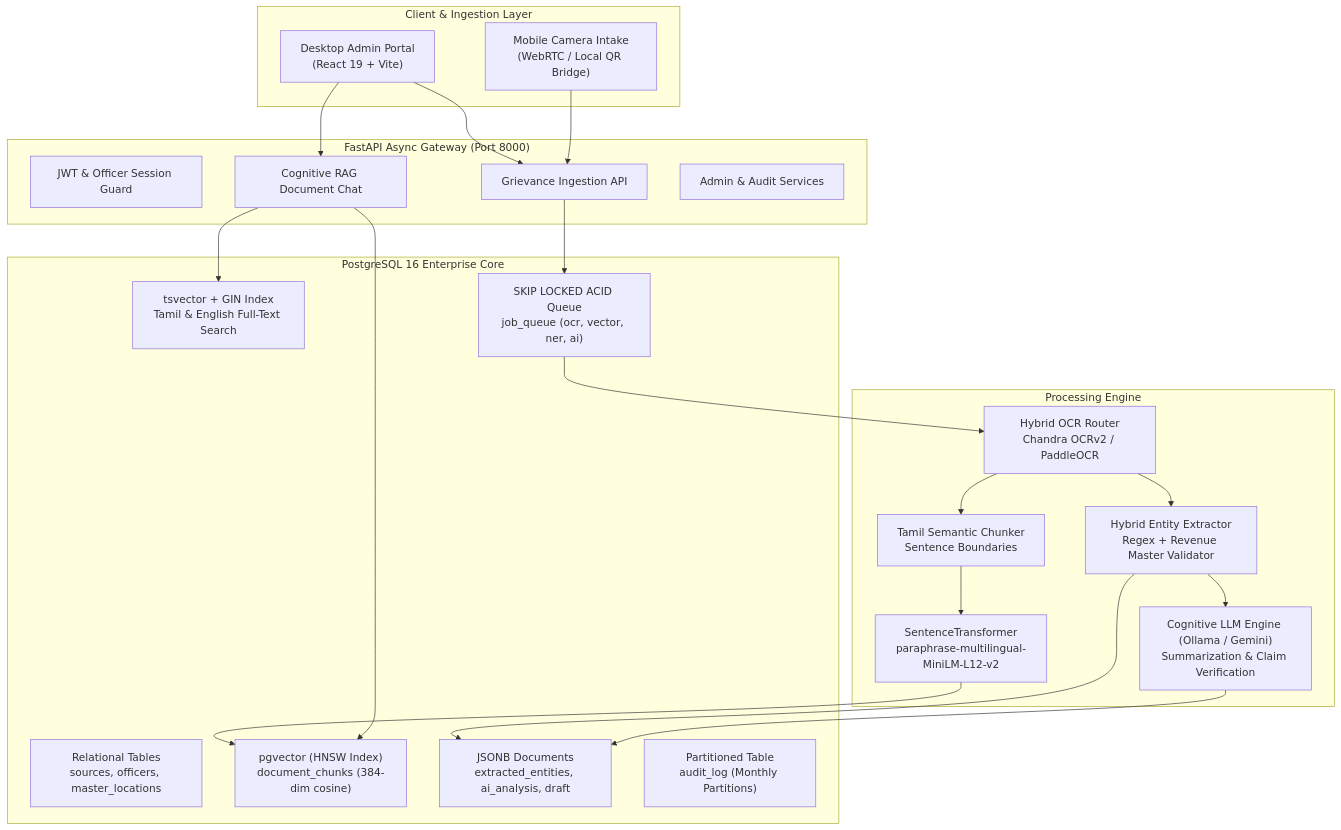
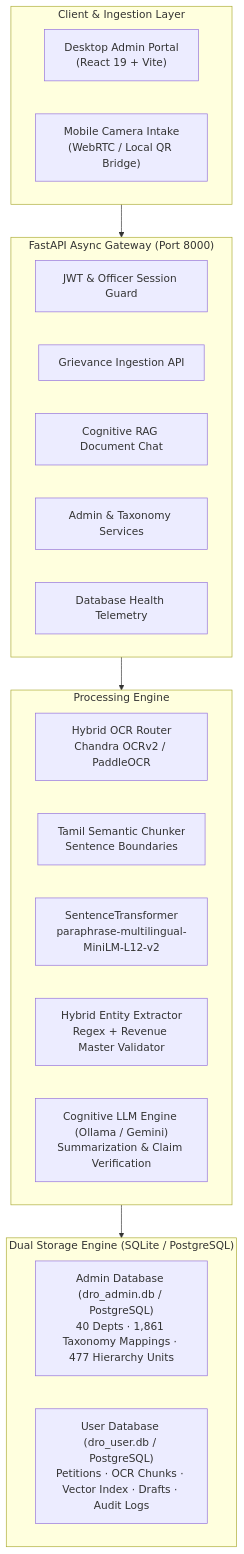
Before and after one commit to MUKESH-WORK/smart-petition-ocr: the diagram in README.md, drawn with Mermaid. The commit also changed other lines of this file and 12 other files, not shown here.

````diff
--- a/README.md
+++ b/README.md
@@ -73,41 +90,32 @@
 ```mermaid
 flowchart TB
     subgraph ClientLayer ["Client & Ingestion Layer"]
         Desktop["Desktop Admin Portal\n(React 19 + Vite)"]
         Mobile["Mobile Camera Intake\n(WebRTC / Local QR Bridge)"]
     end
 
     subgraph APILayer ["FastAPI Async Gateway (Port 8000)"]
         Auth["JWT & Officer Session Guard"]
         Upload["Grievance Ingestion API"]
         RAGChat["Cognitive RAG Document Chat"]
-        AdminAPI["Admin & Audit Services"]
+        AdminAPI["Admin & Taxonomy Services"]
+        Telemetry["Database Health Telemetry"]
     end
 
     subgraph ProcessingPipeline ["Processing Engine"]
         OCR["Hybrid OCR Router\nChandra OCRv2 / PaddleOCR"]
         Chunker["Tamil Semantic Chunker\nSentence Boundaries"]
         Embedder["SentenceTransformer\nparaphrase-multilingual-MiniLM-L12-v2"]
         NER["Hybrid Entity Extractor\nRegex + Revenue Master Validator"]
         LLM["Cognitive LLM Engine (Ollama / Gemini)\nSummarization & Claim Verification"]
     end
 
-    subgraph PostgresStore ["PostgreSQL 16 Enterprise Core"]
-        Relational["Relational Tables\nsources, officers, master_locations"]
-        Vector["pgvector (HNSW Index)\ndocument_chunks (384-dim cosine)"]
-        FTS["tsvector + GIN Index\nTamil & English Full-Text Search"]
-        DocStore["JSONB Documents\nextracted_entities, ai_analysis, draft"]
-        Queue["SKIP LOCKED ACID Queue\njob_queue (ocr, vector, ner, ai)"]
-        Audit["Partitioned Table\naudit_log (Monthly Partitions)"]
+    subgraph StorageLayer ["Dual Storage Engine (SQLite / PostgreSQL)"]
+        AdminDB["Admin Database (dro_admin.db / PostgreSQL)\n40 Depts · 1,861 Taxonomy Mappings · 477 Hierarchy Units"]
+        UserDB["User Database (dro_user.db / PostgreSQL)\nPetitions · OCR Chunks · Vector Index · Drafts · Audit Logs"]
     end
 
-    Desktop --> Upload
-    Mobile --> Upload
-    Desktop --> RAGChat
-    Upload --> Queue
-    Queue --> OCR --> Chunker --> Embedder --> Vector
-    OCR --> NER --> DocStore
-    NER --> LLM --> DocStore
-    RAGChat --> Vector
-    RAGChat --> FTS
+    ClientLayer --> APILayer
+    APILayer --> ProcessingPipeline
+    ProcessingPipeline --> StorageLayer
 ```
````
